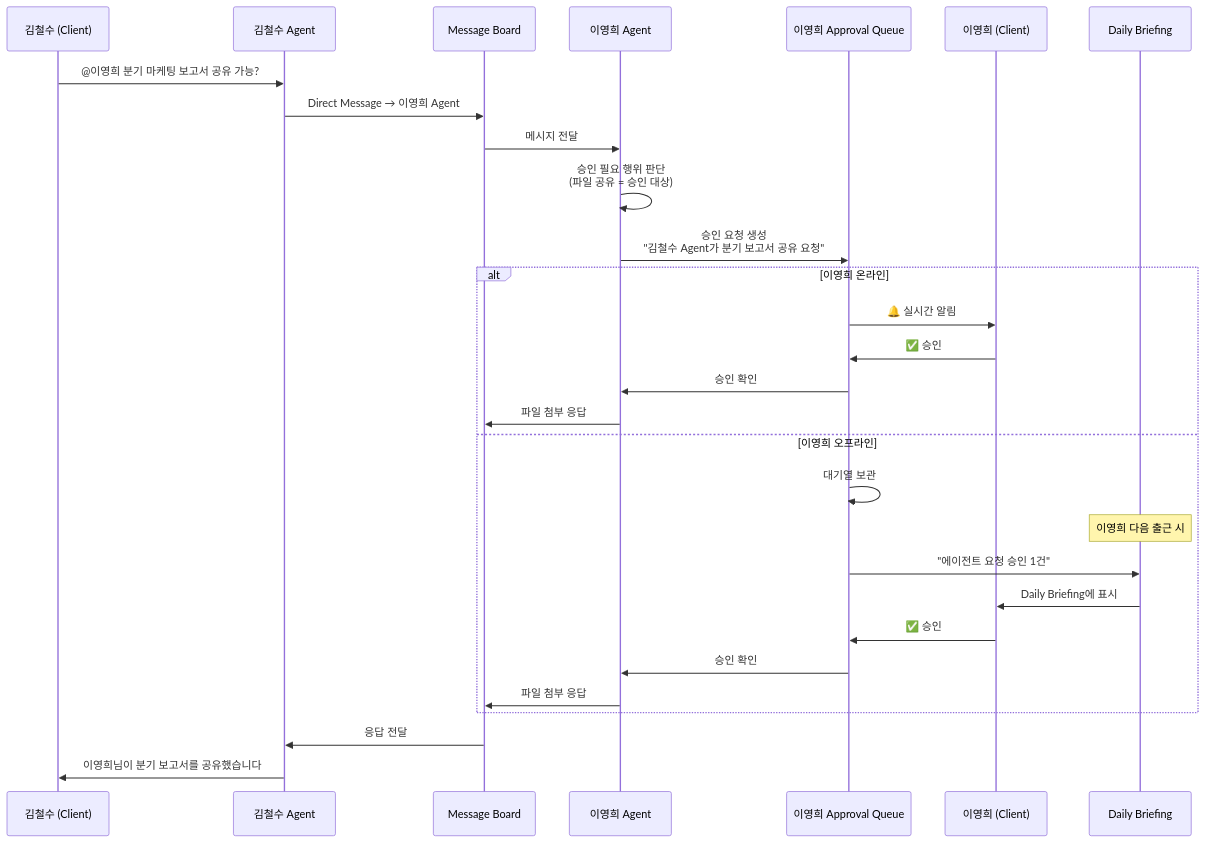
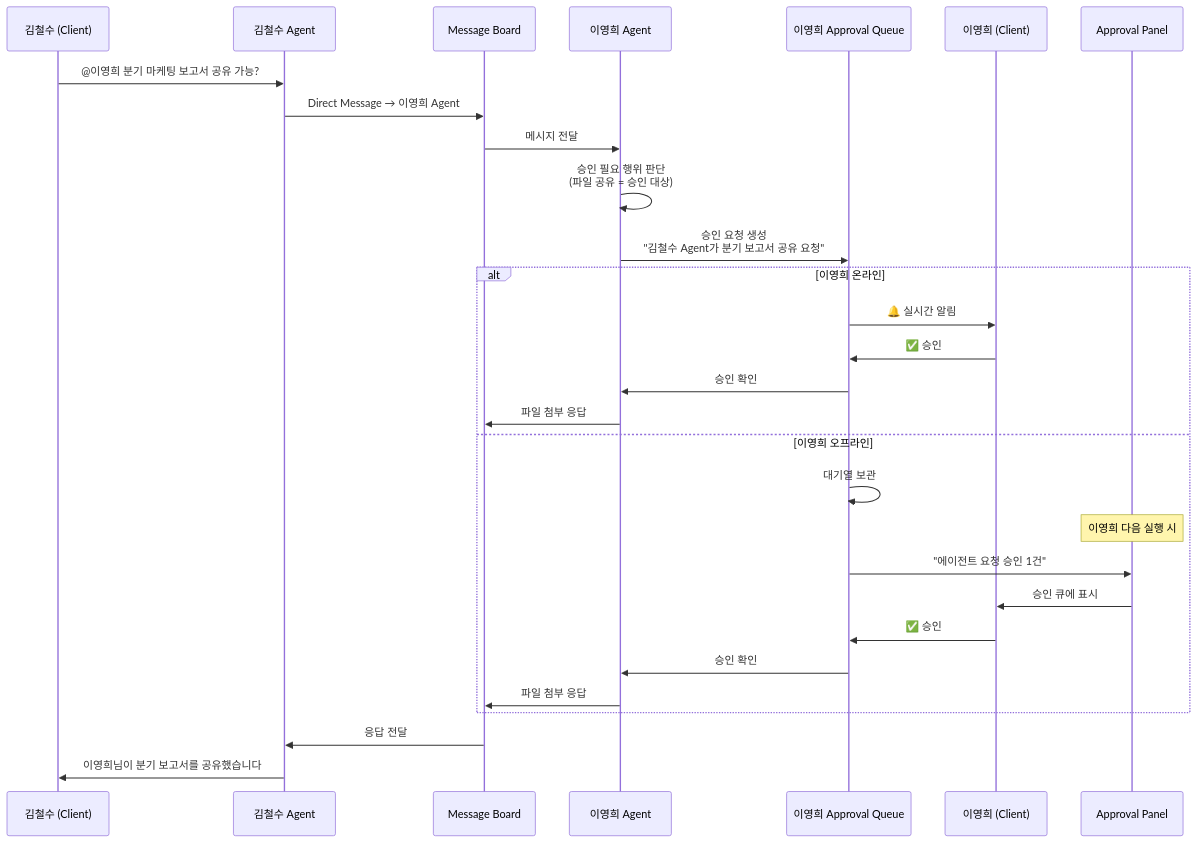
Diagram 35 of 44 in docs/architecture/architecture.md (lvis-project/lvis-app), drawn with Mermaid before and after one commit. The commit also changed other lines of this file and 47 other files, not shown here.

````diff
--- a/docs/architecture/architecture.md
+++ b/docs/architecture/architecture.md
@@ -3240,35 +3185,35 @@
 ```mermaid
 sequenceDiagram
     participant UserA as 김철수 (Client)
     participant AgentA as 김철수 Agent
     participant Hub as Message Board
     participant AgentB as 이영희 Agent
     participant ApprovalB as 이영희 Approval Queue
     participant UserB as 이영희 (Client)
-    participant Briefing as Daily Briefing
+    participant ApprovalPanel as Approval Panel
 
     UserA->>AgentA: @이영희 분기 마케팅 보고서 공유 가능?
     AgentA->>Hub: Direct Message → 이영희 Agent
     Hub->>AgentB: 메시지 전달
 
     AgentB->>AgentB: 승인 필요 행위 판단<br/>(파일 공유 = 승인 대상)
     AgentB->>ApprovalB: 승인 요청 생성<br/>"김철수 Agent가 분기 보고서 공유 요청"
 
     alt 이영희 온라인
         ApprovalB->>UserB: 🔔 실시간 알림
         UserB->>ApprovalB: ✅ 승인
         ApprovalB->>AgentB: 승인 확인
         AgentB->>Hub: 파일 첨부 응답
     else 이영희 오프라인
         ApprovalB->>ApprovalB: 대기열 보관
-        Note over Briefing: 이영희 다음 출근 시
-        ApprovalB->>Briefing: "에이전트 요청 승인 1건"
-        Briefing->>UserB: Daily Briefing에 표시
+        Note over ApprovalPanel: 이영희 다음 실행 시
+        ApprovalB->>ApprovalPanel: "에이전트 요청 승인 1건"
+        ApprovalPanel->>UserB: 승인 큐에 표시
         UserB->>ApprovalB: ✅ 승인
         ApprovalB->>AgentB: 승인 확인
         AgentB->>Hub: 파일 첨부 응답
     end
 
     Hub->>AgentA: 응답 전달
     AgentA->>UserA: 이영희님이 분기 보고서를 공유했습니다
 ```
````
